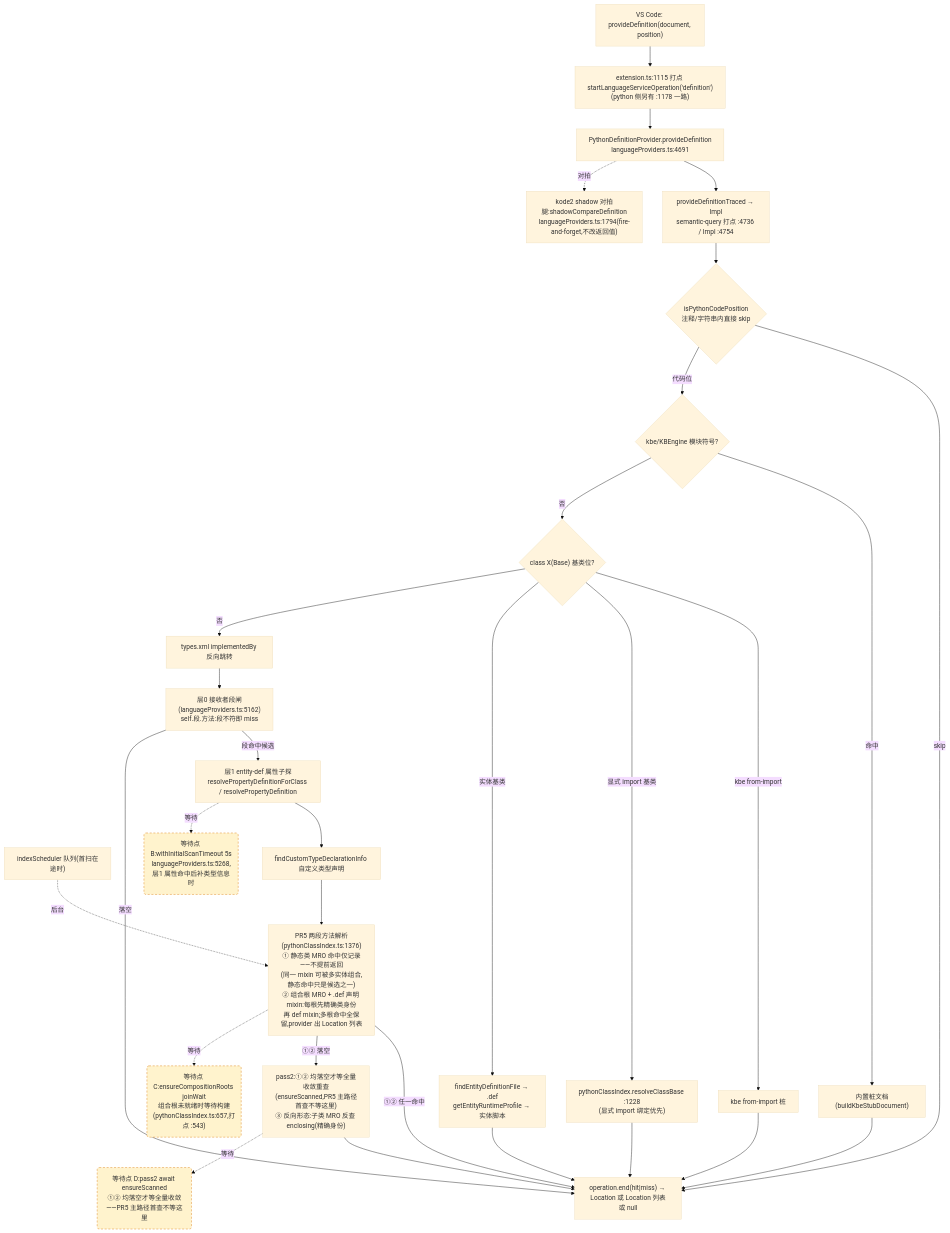
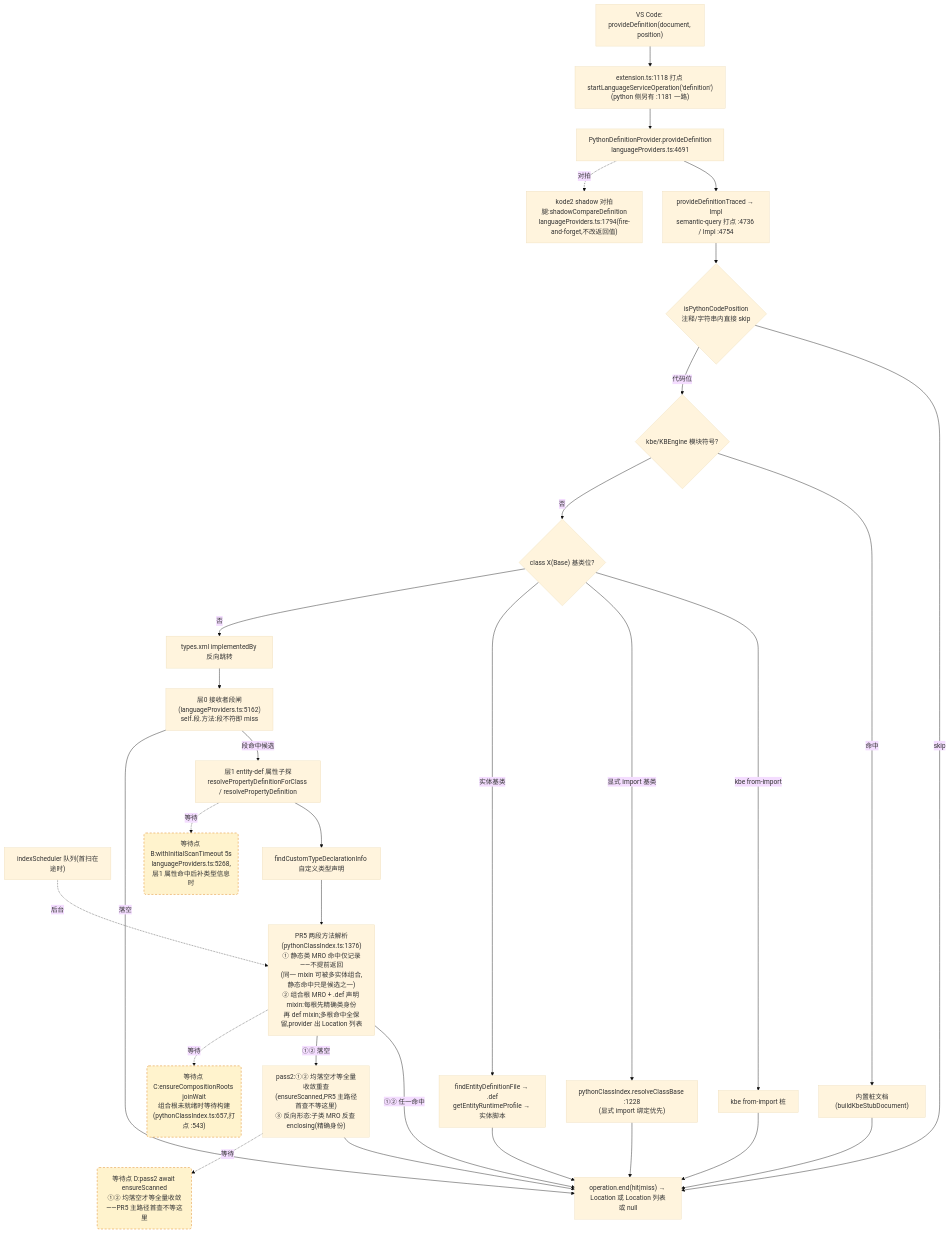
Before and after one commit to cuihairu/kode: the second of 4 diagrams in docs/perf/2026-baseline.md, drawn with Mermaid (base theme). The commit also changed other lines of this file and 6 other files, not shown here.

````diff
--- a/docs/perf/2026-baseline.md
+++ b/docs/perf/2026-baseline.md
@@ -130,51 +130,51 @@
 ```mermaid
 flowchart TD
   VC2["VS Code: provideDefinition(document, position)"]
-  M2["extension.ts:1115 打点 startLanguageServiceOperation('definition')<br/>(python 侧另有 :1178 一路)"]
+  M2["extension.ts:1118 打点 startLanguageServiceOperation('definition')<br/>(python 侧另有 :1181 一路)"]
   AD2["PythonDefinitionProvider.provideDefinition<br/>languageProviders.ts:4691"]
   TR["provideDefinitionTraced → Impl<br/>semantic-query 打点 :4736 / Impl :4754"]
   CTX{"isPythonCodePosition<br/>注释/字符串内直接 skip"}
   KBE{"kbe/KBEngine 模块符号?"}
   STUB["内置桩文档(buildKbeStubDocument)"]
   CB{"class X(Base) 基类位?"}
   CB1["kbe from-import 桩"]
   CB2["pythonClassIndex.resolveClassBase :1228<br/>(显式 import 绑定优先)"]
   CB3["findEntityDefinitionFile → .def<br/>getEntityRuntimeProfile → 实体脚本"]
   REV["types.xml implementedBy 反向跳转"]
   L0["层0 接收者段闸(languageProviders.ts:5162)<br/>self.段.方法:段不符即 miss"]
   L1["层1 entity-def 属性子探<br/>resolvePropertyDefinitionForClass / resolvePropertyDefinition"]
   SCAN["indexScheduler 队列(首扫在途时)"]
   TY["findCustomTypeDeclarationInfo 自定义类型声明"]
   MRO["PR5 两段方法解析(pythonClassIndex.ts:1376)<br/>① 静态类 MRO 命中仅记录——不提前返回<br/>(同一 mixin 可被多实体组合,静态命中只是候选之一)<br/>② 组合根 MRO + .def 声明 mixin:每根先精确类身份<br/>再 def mixin;多根命中全保留,provider 出 Location 列表"]
   PASS2["pass2:①② 均落空才等全量收敛重查<br/>(ensureScanned,PR5 主路径首查不等这里)<br/>③ 反向形态:子类 MRO 反查 enclosing(精确身份)"]
   SHD["kode2 shadow 对拍腿:shadowCompareDefinition<br/>languageProviders.ts:1794(fire-and-forget,不改返回值)"]
   END2["operation.end(hit|miss) → Location 或 Location 列表或 null"]
 
   VC2 --> M2 --> AD2 --> TR --> CTX
   CTX -- "skip" --> END2
   CTX -- "代码位" --> KBE
   KBE -- "命中" --> STUB --> END2
   KBE -- "否" --> CB
   CB -- "kbe from-import" --> CB1 --> END2
   CB -- "显式 import 基类" --> CB2 --> END2
   CB -- "实体基类" --> CB3 --> END2
   CB -- "否" --> REV --> L0
   L0 -- "段命中候选" --> L1
   L0 -- "落空" --> END2
   L1 --> TY
   TY --> MRO
   MRO -- "①② 任一命中" --> END2
   MRO -- "①② 落空" --> PASS2 --> END2
   AD2 -.->|对拍| SHD
 
   WAITB("等待点 B:withInitialScanTimeout 5s<br/>languageProviders.ts:5268,层1 属性命中后补类型信息时")
   WAITC("等待点 C:ensureCompositionRoots joinWait<br/>组合根未就绪时等待构建(pythonClassIndex.ts:657,打点 :543)")
   WAITD("等待点 D:pass2 await ensureScanned<br/>①② 均落空才等全量收敛——PR5 主路径首查不等这里")
   L1 -.->|等待| WAITB
   MRO -.->|等待| WAITC
   PASS2 -.->|等待| WAITD
   SCAN -.->|后台| MRO
 
   classDef waitPoint fill:#fff3cd,stroke:#d97706,stroke-dasharray:5 4;
   class WAITB,WAITC,WAITD waitPoint;
 ```
````
